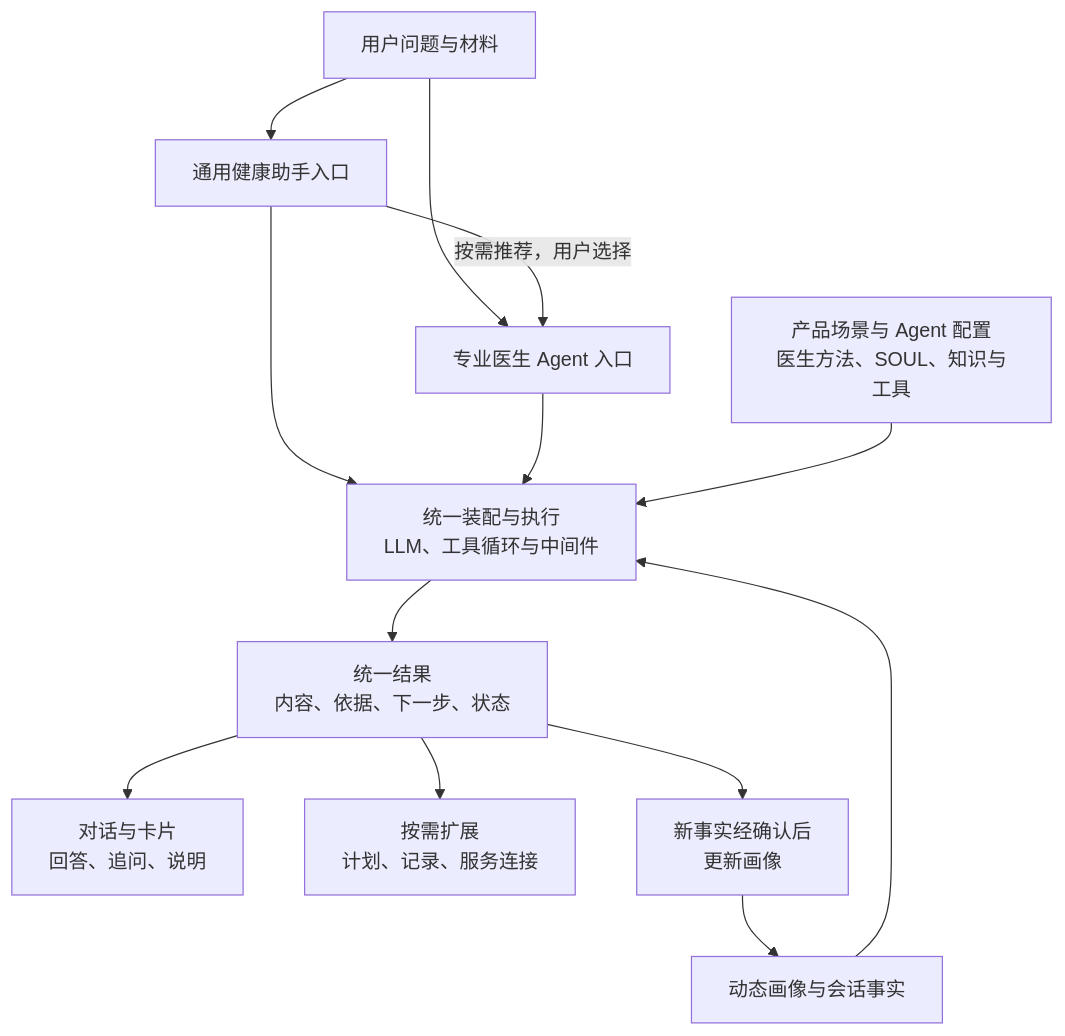
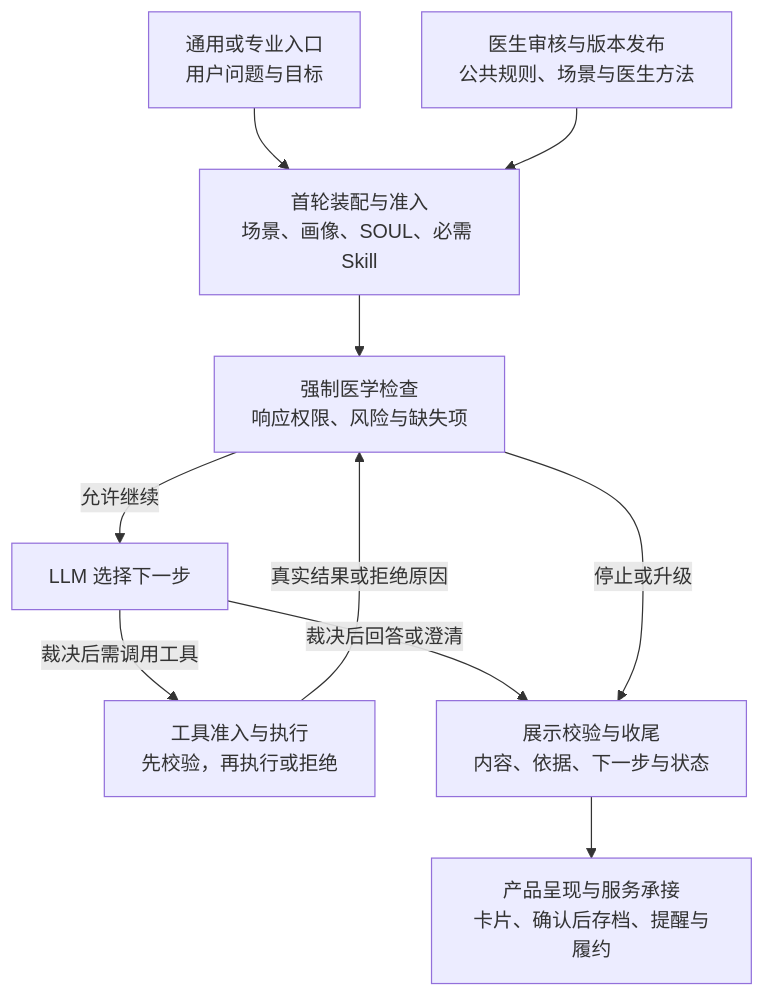
The first of 2 diagrams in docs/medical-engine-harness/README.md (heart-scalpel/toolkit), drawn with Mermaid before and after one commit. The commit also changed other lines of this file and 2 other files, not shown here.

````diff
--- a/docs/medical-engine-harness/README.md
+++ b/docs/medical-engine-harness/README.md
@@ -55,15 +57,12 @@
 ```mermaid
 flowchart TD
-  U["用户问题与材料"] --> G["通用健康助手入口"]
-  U --> D["专业医生 Agent 入口"]
-  G -->|按需推荐，用户选择| D
-  G --> A["统一装配与执行<br/>LLM、工具循环与中间件"]
-  D --> A
-  P["动态画像与会话事实"] --> A
-  C["产品场景与 Agent 配置<br/>医生方法、SOUL、知识与工具"] --> A
-  A --> R["统一结果<br/>内容、依据、下一步、状态"]
-  R --> O["对话与卡片<br/>回答、追问、说明"]
-  R --> T["按需扩展<br/>计划、记录、服务连接"]
-  R --> N["新事实经确认后<br/>更新画像"]
-  N --> P
+  P["通用或专业入口<br/>用户问题与目标"] --> A["首轮装配与准入<br/>场景、画像、SOUL、必需 Skill"]
+  D["医生审核与版本发布<br/>公共规则、场景与医生方法"] --> A
+  A --> B["强制医学检查<br/>响应权限、风险与缺失项"]
+  B -->|允许继续| L["LLM 选择下一步"]
+  L -->|裁决后需调用工具| G["工具准入与执行<br/>先校验，再执行或拒绝"]
+  G -->|真实结果或拒绝原因| B
+  L -->|裁决后回答或澄清| O["展示校验与收尾<br/>内容、依据、下一步与状态"]
+  B -->|停止或升级| O
+  O --> S["产品呈现与服务承接<br/>卡片、确认后存档、提醒与履约"]
 ```
````
